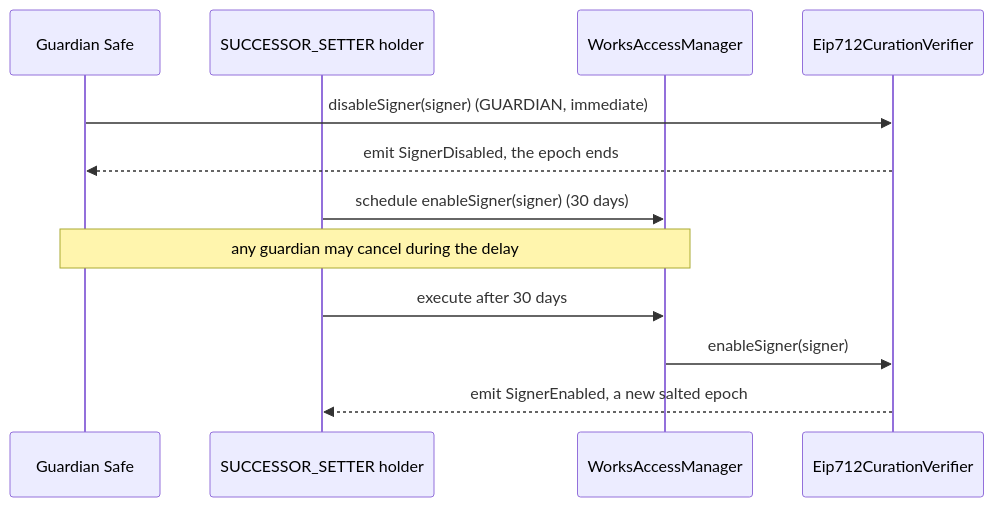
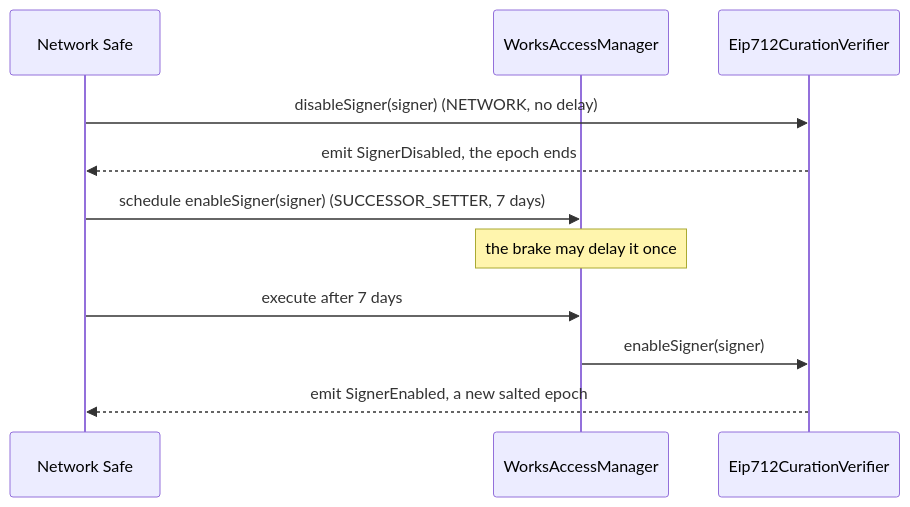
The seventh of 8 diagrams in docs/spec/curation.md (6529-Collections/6529-works), drawn with Mermaid before and after one commit. The commit also changed other lines of this file and 352 other files, not shown here.

````diff
--- a/docs/spec/curation.md
+++ b/docs/spec/curation.md
@@ -393,14 +412,13 @@
 ```mermaid
 sequenceDiagram
-    participant Guardian as Guardian Safe
-    participant Setter as SUCCESSOR_SETTER holder
+    participant Network as Network Safe
     participant Manager as WorksAccessManager
     participant Verifier as Eip712CurationVerifier
-    Guardian->>Verifier: disableSigner(signer) (GUARDIAN, immediate)
-    Verifier-->>Guardian: emit SignerDisabled, the epoch ends
-    Setter->>Manager: schedule enableSigner(signer) (30 days)
-    Note over Guardian,Manager: any guardian may cancel during the delay
-    Setter->>Manager: execute after 30 days
+    Network->>Verifier: disableSigner(signer) (NETWORK, no delay)
+    Verifier-->>Network: emit SignerDisabled, the epoch ends
+    Network->>Manager: schedule enableSigner(signer) (SUCCESSOR_SETTER, 7 days)
+    Note over Manager: the brake may delay it once
+    Network->>Manager: execute after 7 days
     Manager->>Verifier: enableSigner(signer)
-    Verifier-->>Setter: emit SignerEnabled, a new salted epoch
+    Verifier-->>Network: emit SignerEnabled, a new salted epoch
 ```
````
